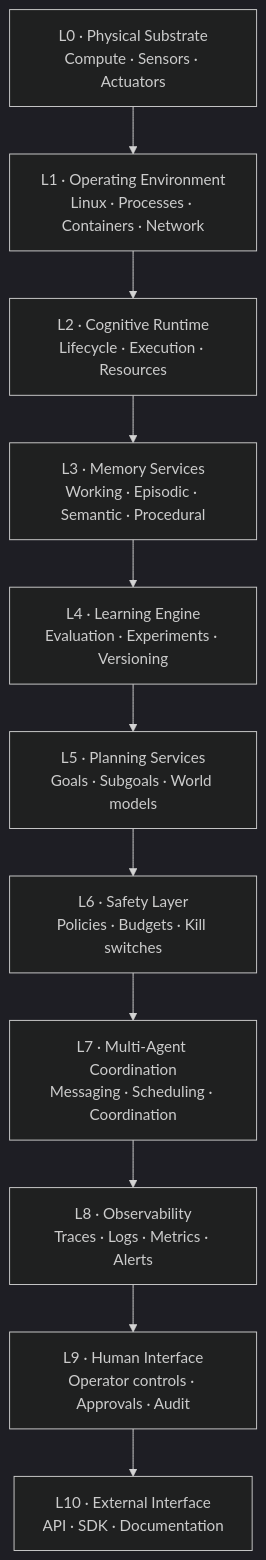
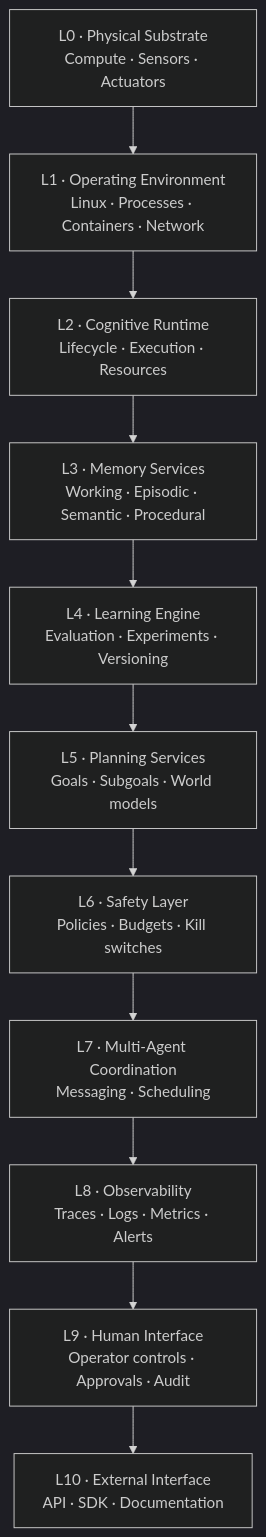
Before and after one commit to yashvardhansingh442-dev/MUFFIN: the second of 2 diagrams in README.md, drawn with Mermaid (dark theme). The commit also changed other lines of this file, not shown here.

````diff
--- a/README.md
+++ b/README.md
@@ -193,15 +297,15 @@
 ```mermaid
 flowchart TB
     L10["L10 · External Interface<br/>API · SDK · Documentation"]
     L9["L9 · Human Interface<br/>Operator controls · Approvals · Audit"]
     L8["L8 · Observability<br/>Traces · Logs · Metrics · Alerts"]
-    L7["L7 · Multi-Agent Coordination<br/>Messaging · Scheduling · Coordination"]
+    L7["L7 · Multi-Agent Coordination<br/>Messaging · Scheduling"]
     L6["L6 · Safety Layer<br/>Policies · Budgets · Kill switches"]
     L5["L5 · Planning Services<br/>Goals · Subgoals · World models"]
     L4["L4 · Learning Engine<br/>Evaluation · Experiments · Versioning"]
     L3["L3 · Memory Services<br/>Working · Episodic · Semantic · Procedural"]
     L2["L2 · Cognitive Runtime<br/>Lifecycle · Execution · Resources"]
     L1["L1 · Operating Environment<br/>Linux · Processes · Containers · Network"]
     L0["L0 · Physical Substrate<br/>Compute · Sensors · Actuators"]
     L0 --> L1 --> L2 --> L3 --> L4 --> L5 --> L6 --> L7 --> L8 --> L9 --> L10
 ```
````
